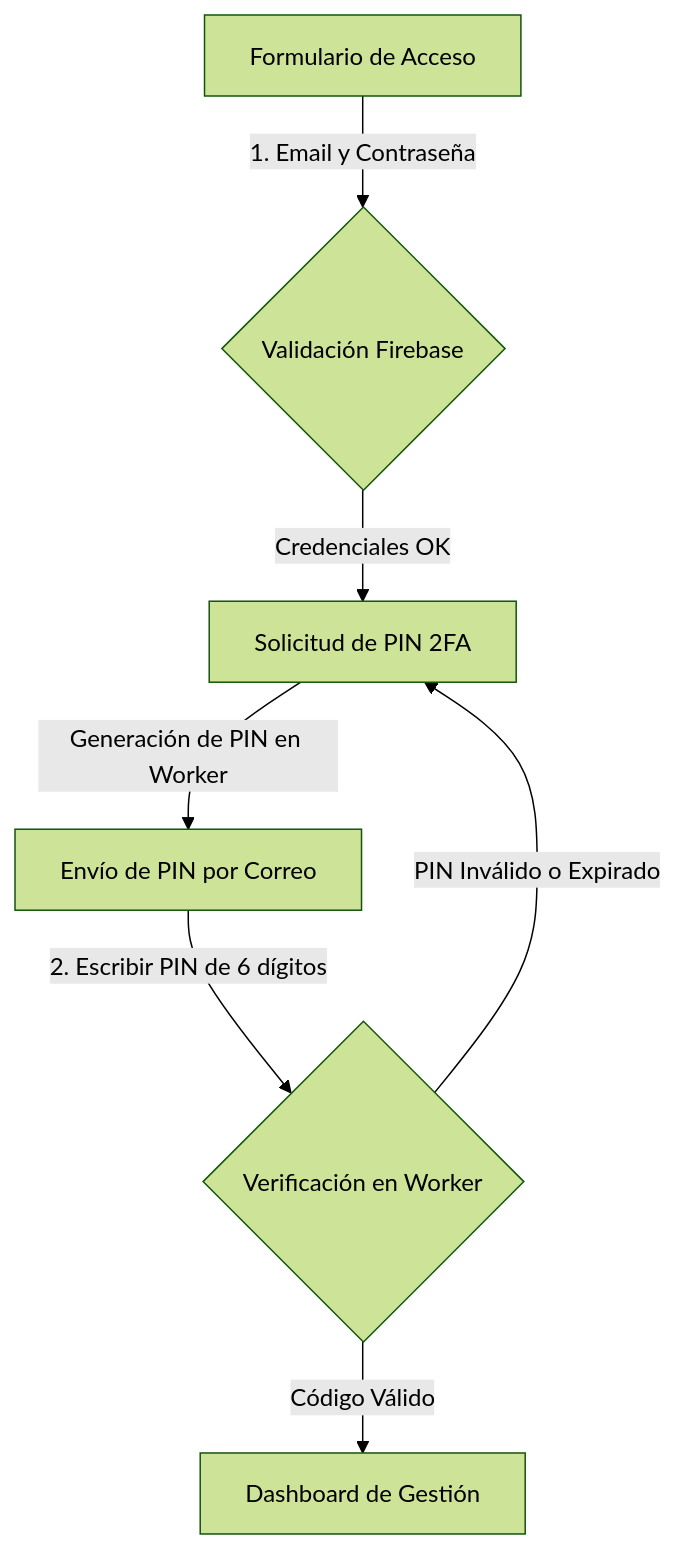
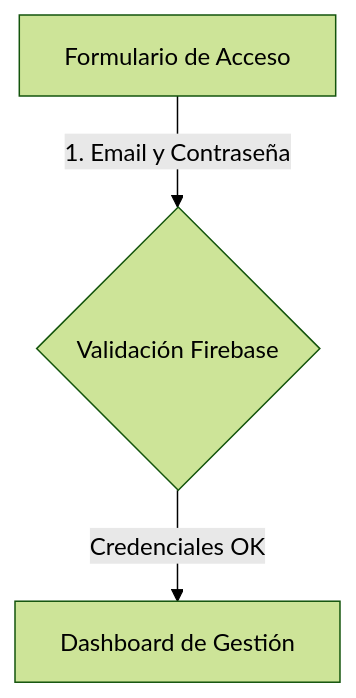
The diagram in README.md (raaulbarriios/feria-local), drawn with Mermaid (forest theme) before and after one commit. The commit also changed other lines of this file and 6 other files, not shown here.

````diff
--- a/README.md
+++ b/README.md
@@ -11,9 +11,5 @@
 ```mermaid
 graph TD
     A[Formulario de Acceso] -->|1. Email y Contraseña| B{Validación Firebase}
-    B -->|Credenciales OK| C[Solicitud de PIN 2FA]
-    C -->|Generación de PIN en Worker| D[Envío de PIN por Correo]
-    D -->|2. Escribir PIN de 6 dígitos| E{Verificación en Worker}
-    E -->|Código Válido| F[Dashboard de Gestión]
-    E -->|PIN Inválido o Expirado| C
+    B -->|Credenciales OK| C[Dashboard de Gestión]
 ```
````
